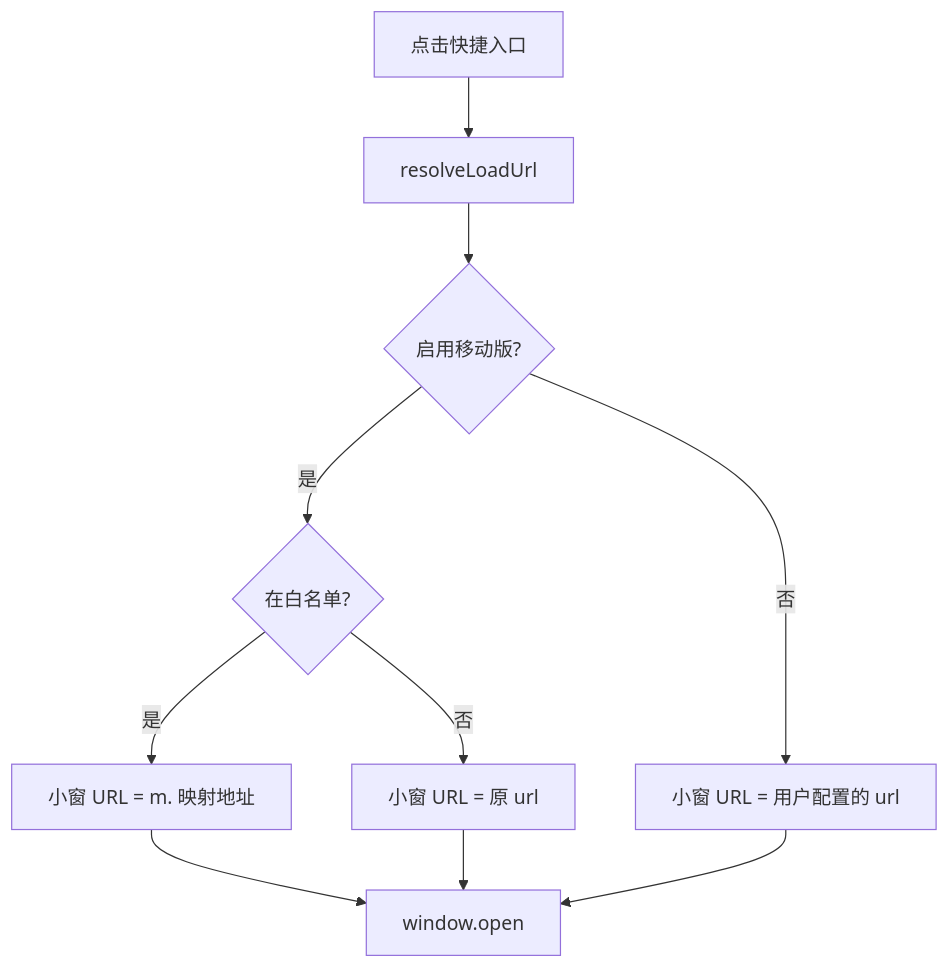
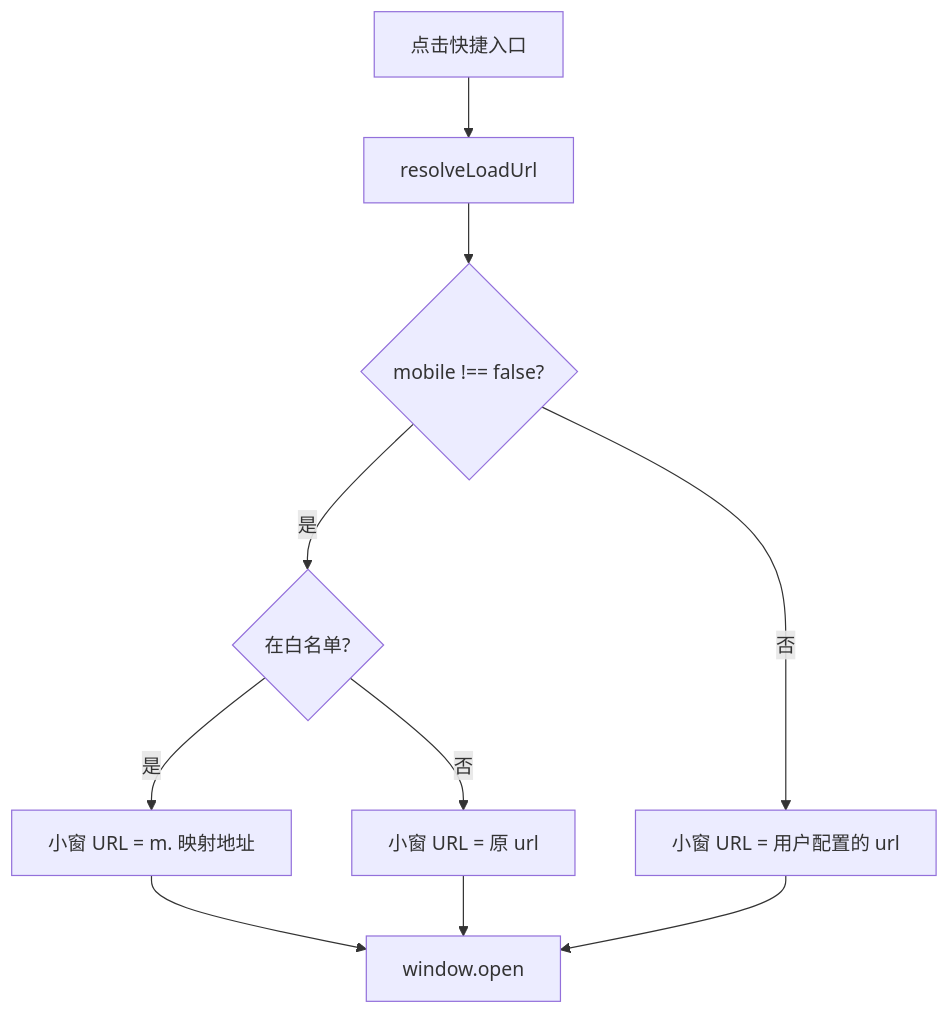
The diagram in docs/ARCHITECTURE.zh-CN.md (ChakmingLeung/Side-Shortcuts-Popout), drawn with Mermaid before and after one commit. The commit also changed other lines of this file and 9 other files, not shown here.

First line of the commit message:
docs: sync PRD, ARCHITECTURE, MAINTENANCE and GitHub description for v2.2.3

````diff
--- a/docs/ARCHITECTURE.zh-CN.md
+++ b/docs/ARCHITECTURE.zh-CN.md
@@ -23,12 +25,12 @@
 ```mermaid
 flowchart TD
   A[点击快捷入口] --> B[resolveLoadUrl]
-  B --> C{启用移动版?}
+  B --> C{mobile !== false?}
   C -->|否| D[小窗 URL = 用户配置的 url]
   C -->|是| E{在白名单?}
   E -->|是| F[小窗 URL = m. 映射地址]
   E -->|否| G[小窗 URL = 原 url]
   F --> H[window.open]
   G --> H
   D --> H
 ```
````
